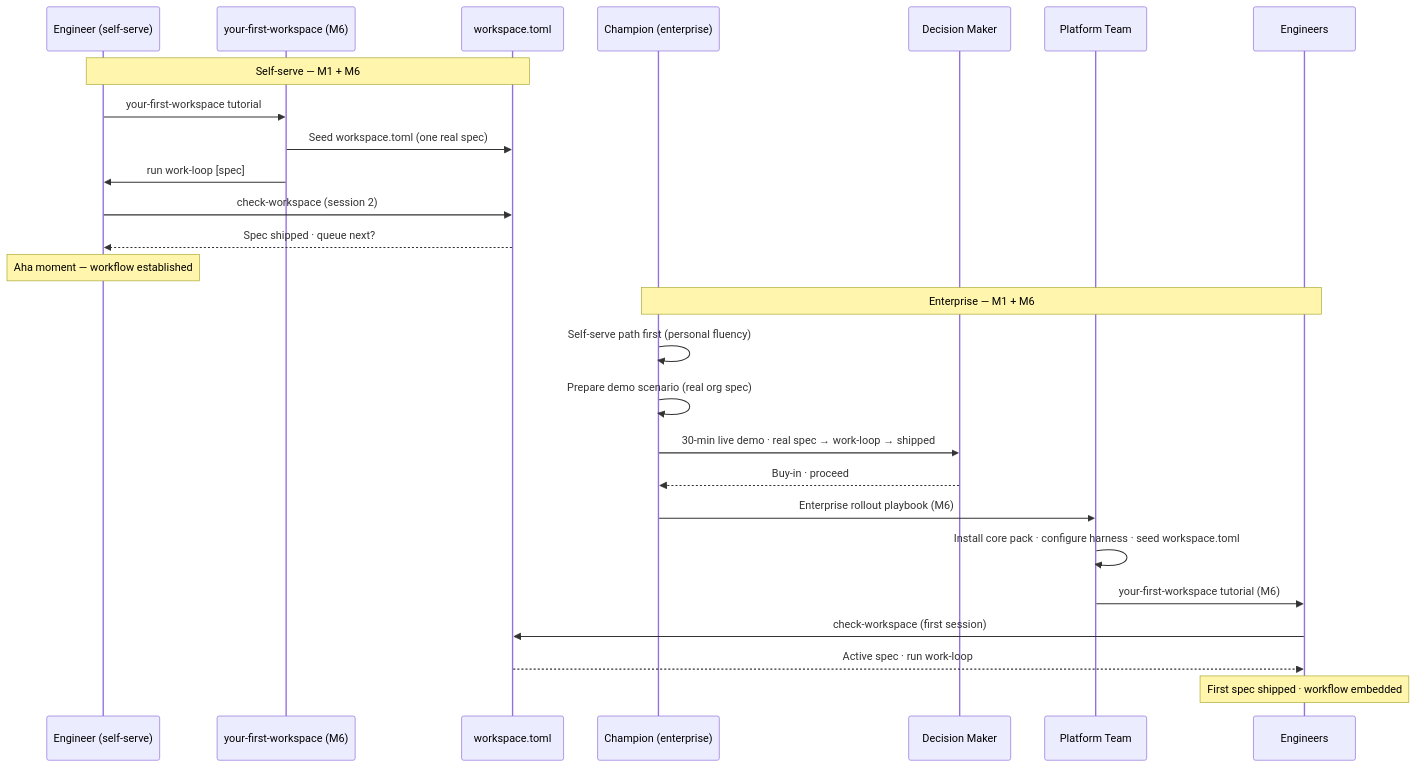
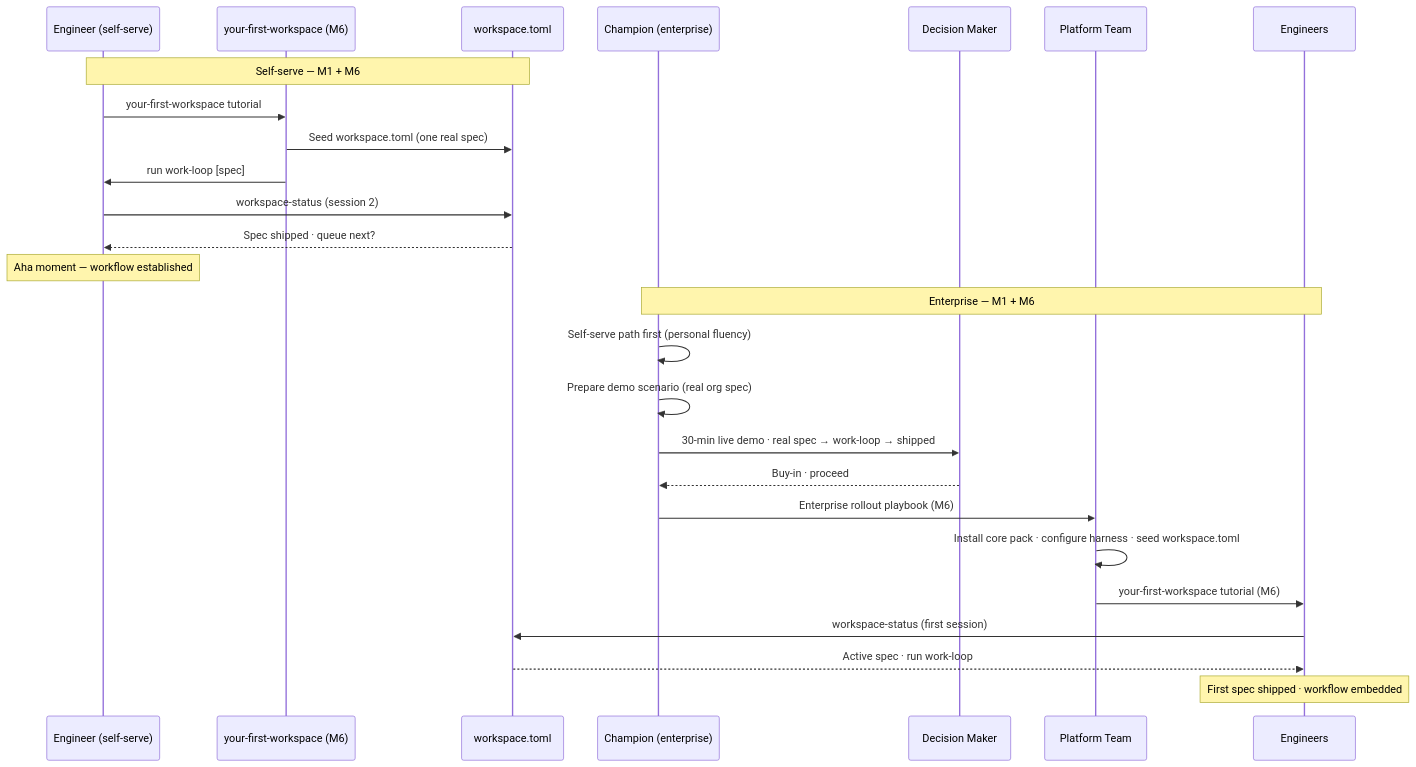
One commit to eugenelim/agent-ready-repo changed the second of 2 diagrams in docs/product/journeys/team-evaluates-and-adopts.md. Above: the diagram before and after it, drawn with Mermaid. The commit also changed other lines of this file and 40 other files, not shown here.

First line of the commit message:
feat(core): rename check-workspace → workspace-status (RFC-0067 Change A) (#565)

````diff
--- a/docs/product/journeys/team-evaluates-and-adopts.md
+++ b/docs/product/journeys/team-evaluates-and-adopts.md
@@ -87,30 +87,30 @@
 ```mermaid
 sequenceDiagram
     participant ENG as Engineer (self-serve)
     participant TUT as your-first-workspace (M6)
     participant WS as workspace.toml
     participant CH as Champion (enterprise)
     participant DM as Decision Maker
     participant PT as Platform Team
     participant ENGS as Engineers
 
     Note over ENG,WS: Self-serve — M1 + M6
     ENG->>TUT: your-first-workspace tutorial
     TUT->>WS: Seed workspace.toml (one real spec)
     TUT->>ENG: run work-loop [spec]
-    ENG->>WS: check-workspace (session 2)
+    ENG->>WS: workspace-status (session 2)
     WS-->>ENG: Spec shipped · queue next?
     Note over ENG: Aha moment — workflow established
 
     Note over CH,ENGS: Enterprise — M1 + M6
     CH->>CH: Self-serve path first (personal fluency)
     CH->>CH: Prepare demo scenario (real org spec)
     CH->>DM: 30-min live demo · real spec → work-loop → shipped
     DM-->>CH: Buy-in · proceed
     CH->>PT: Enterprise rollout playbook (M6)
     PT->>PT: Install core pack · configure harness · seed workspace.toml
     PT->>ENGS: your-first-workspace tutorial (M6)
-    ENGS->>WS: check-workspace (first session)
+    ENGS->>WS: workspace-status (first session)
     WS-->>ENGS: Active spec · run work-loop
     Note over ENGS: First spec shipped · workflow embedded
 ```
````
